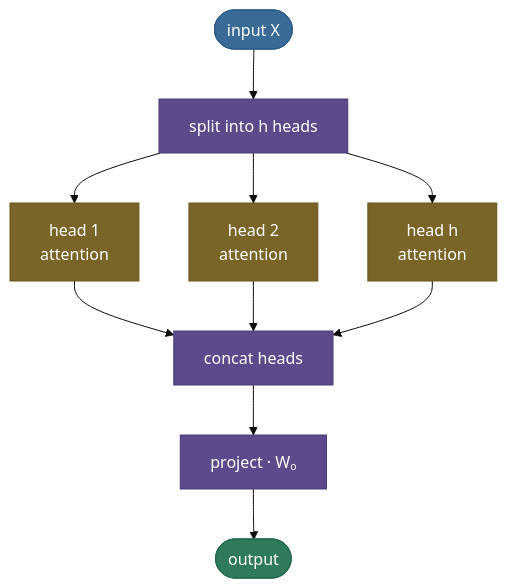
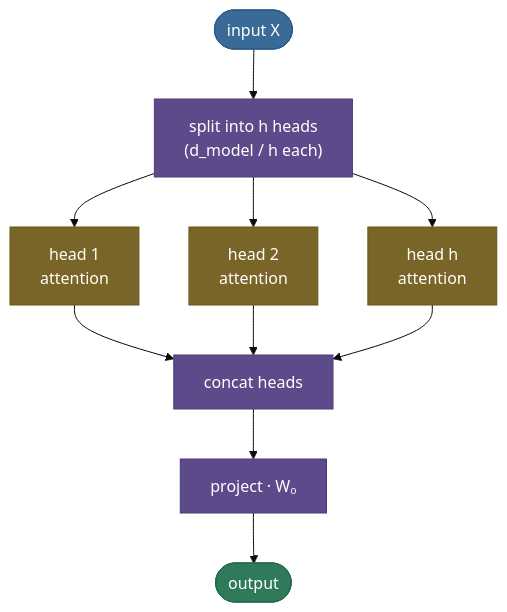
The third of 4 diagrams in 05. Deep_Learning/concepts/15-Attention-Mechanism.md (sudhir13s/AI-ML-learning-resources), drawn with Mermaid (base theme) before and after one commit. The commit also changed other lines of this file and 2 other files, not shown here.

````diff
--- a/05. Deep_Learning/concepts/15-Attention-Mechanism.md
+++ b/05. Deep_Learning/concepts/15-Attention-Mechanism.md
@@ -183,17 +215,17 @@
 ```mermaid
 graph TD
-    X(["input X"]):::data --> SP["split into h heads"]:::process
+    X(["input X"]):::data --> SP["split into h heads<br/>(d_model / h each)"]:::process
     SP --> H1["head 1<br/>attention"]:::amber
     SP --> H2["head 2<br/>attention"]:::amber
     SP --> H3["head h<br/>attention"]:::amber
     H1 --> CC["concat heads"]:::process
     H2 --> CC
     H3 --> CC
     CC --> WO["project · Wₒ"]:::process
     WO --> O(["output"]):::out
 
     classDef data fill:#3A6B96,stroke:#2A5B86,color:#fff
     classDef process fill:#5D4A8A,stroke:#4D3A7A,color:#fff
     classDef amber fill:#7A6528,stroke:#6A5518,color:#fff
     classDef out fill:#2E7A5A,stroke:#1E6A4A,color:#fff
 ```
````
